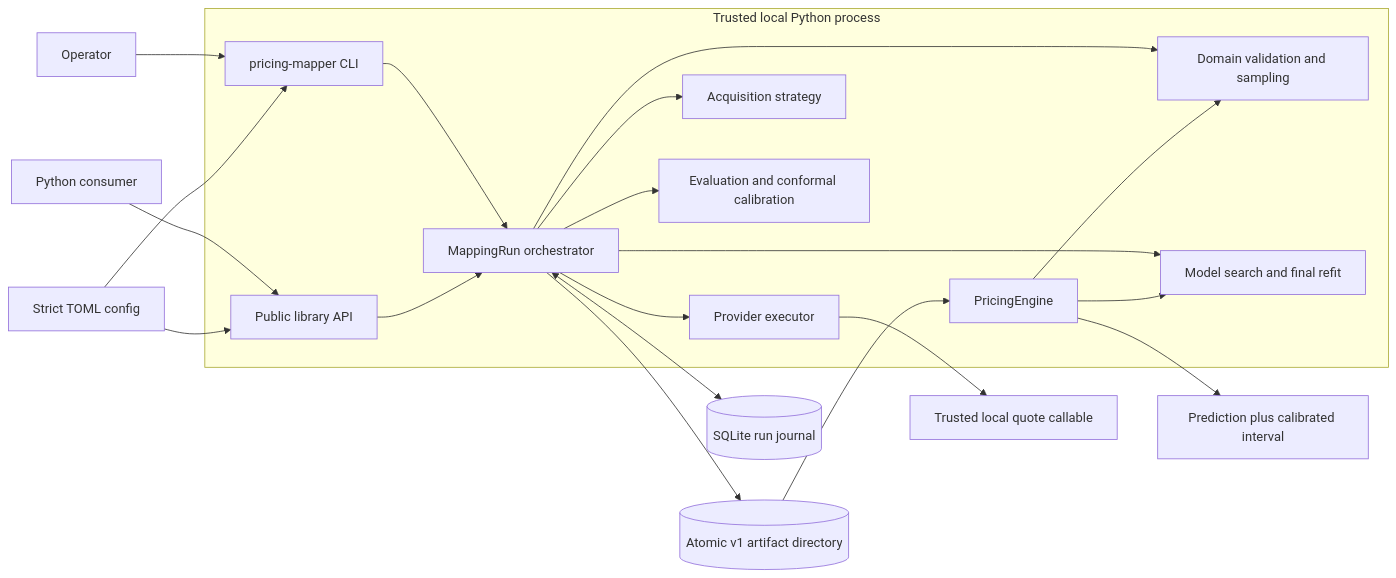
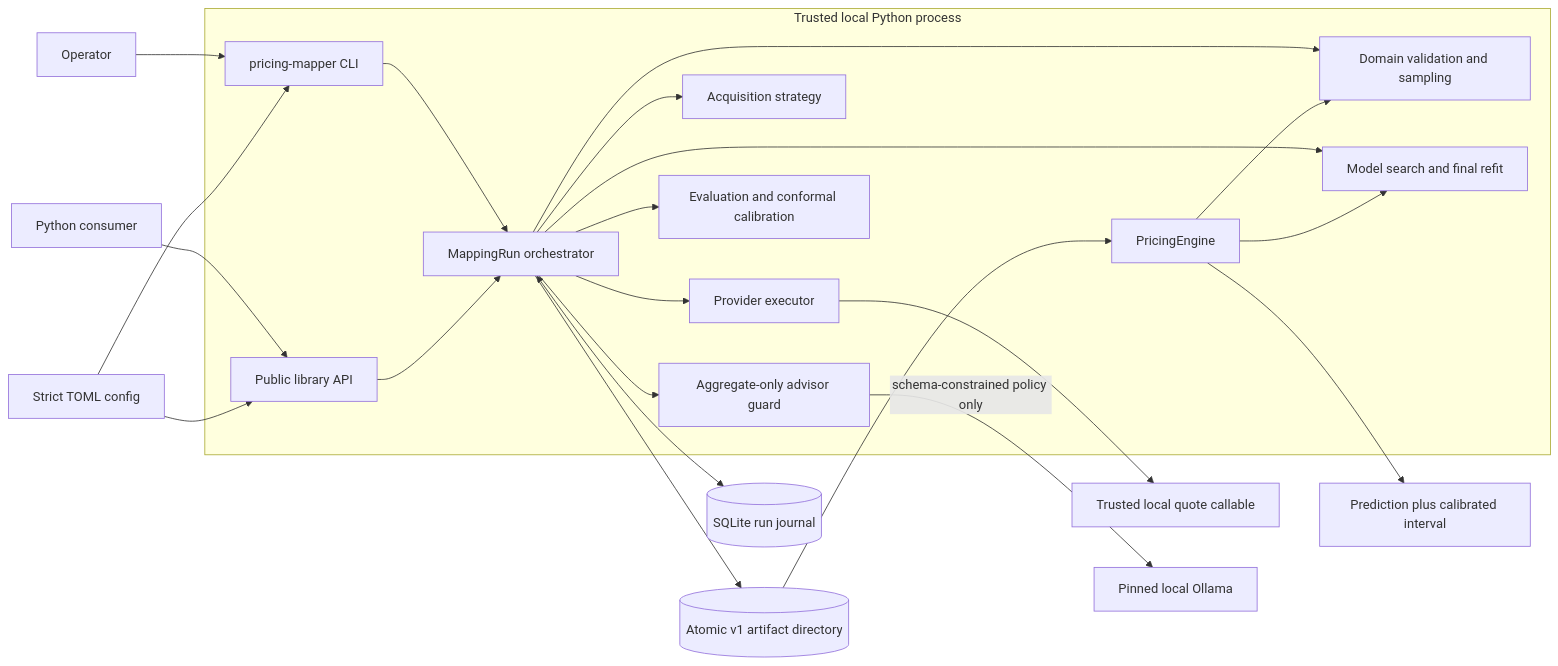
One commit to lib-port/pricing-function-mapper changed the first of 5 diagrams in docs/architecture.md. Above: the diagram before and after it, drawn with Mermaid. The commit also changed other lines of this file and 27 other files, not shown here.

Commit message:
added optional AI policy advisor

````diff
--- a/docs/architecture.md
+++ b/docs/architecture.md
@@ -21,25 +21,27 @@
 ```mermaid
 flowchart LR
     Operator["Operator"] --> CLI["pricing-mapper CLI"]
     Consumer["Python consumer"] --> API["Public library API"]
     Config["Strict TOML config"] --> CLI
     Config --> API
 
     subgraph Runtime["Trusted local Python process"]
         CLI --> Run["MappingRun orchestrator"]
         API --> Run
         Run --> Domain["Domain validation and sampling"]
         Run --> Provider["Provider executor"]
         Run --> Acquisition["Acquisition strategy"]
+        Run --> Guard["Aggregate-only advisor guard"]
         Run --> Models["Model search and final refit"]
         Run --> Evaluation["Evaluation and conformal calibration"]
         Engine["PricingEngine"] --> Domain
         Engine --> Models
     end
 
     Provider --> Callable["Trusted local quote callable"]
+    Guard -->|"schema-constrained policy only"| Ollama["Pinned local Ollama"]
     Run <--> State[("SQLite run journal")]
     Run --> Artifact[("Atomic v1 artifact directory")]
     Artifact --> Engine
     Engine --> Prediction["Prediction plus calibrated interval"]
 ```
````
